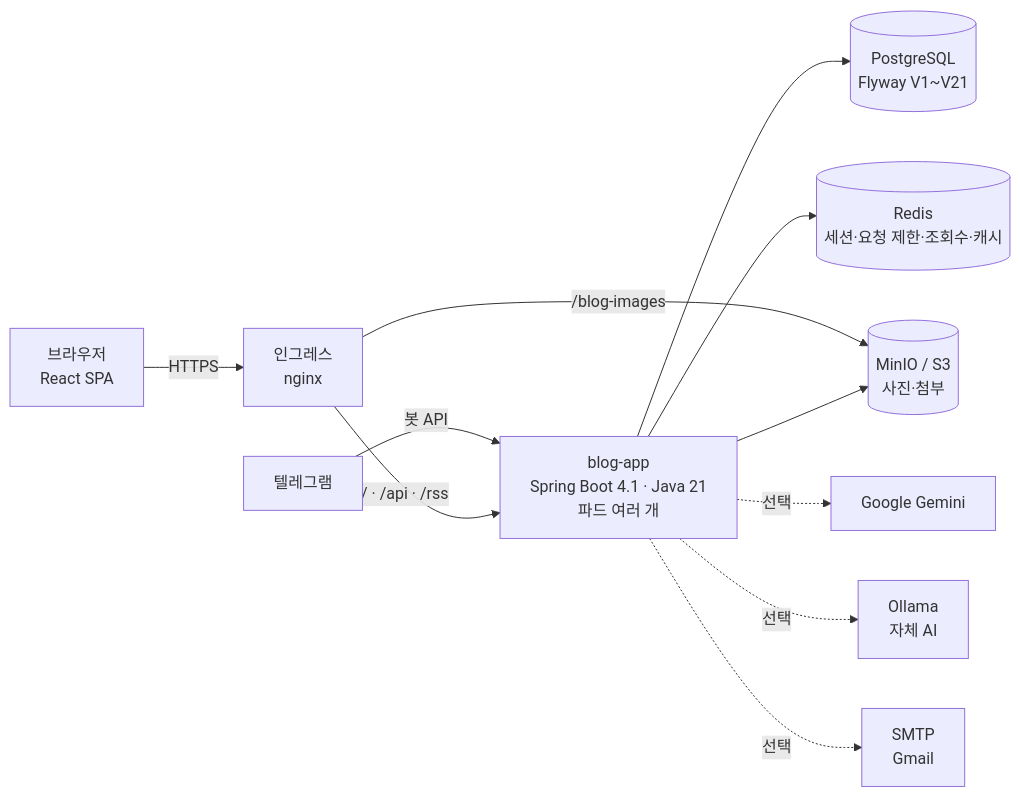
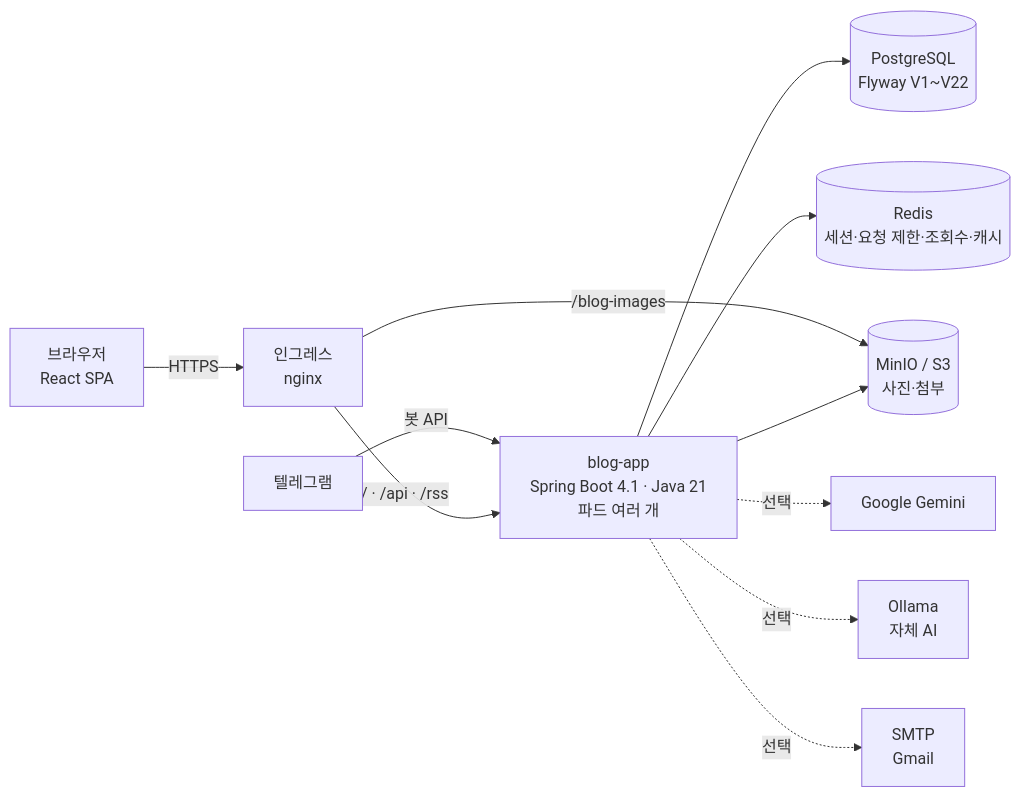
The first of 3 diagrams in profile/README.md (AIGJ-01-002-blog/.github), drawn with Mermaid before and after one commit. The commit also changed other lines of this file, not shown here.

````diff
--- a/profile/README.md
+++ b/profile/README.md
@@ -149,13 +149,13 @@
 ```mermaid
 flowchart LR
     B[브라우저<br/>React SPA] -->|HTTPS| I[인그레스<br/>nginx]
     T[텔레그램] -->|봇 API| A
     I -->|/ · /api · /rss| A[blog-app<br/>Spring Boot 4.1 · Java 21<br/>파드 여러 개]
     I -->|/blog-images| M[(MinIO / S3<br/>사진·첨부)]
-    A --> P[(PostgreSQL<br/>Flyway V1~V21)]
+    A --> P[(PostgreSQL<br/>Flyway V1~V22)]
     A --> R[(Redis<br/>세션·요청 제한·조회수·캐시)]
     A --> M
     A -.선택.-> G[Google Gemini]
     A -.선택.-> O[Ollama<br/>자체 AI]
     A -.선택.-> S[SMTP<br/>Gmail]
 ```
````
